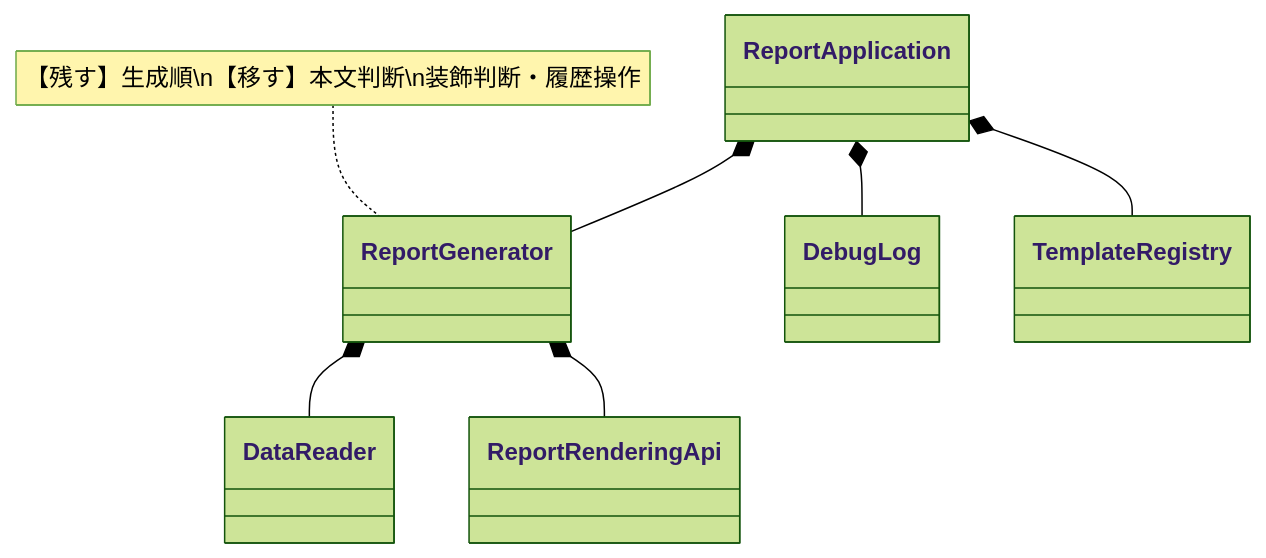
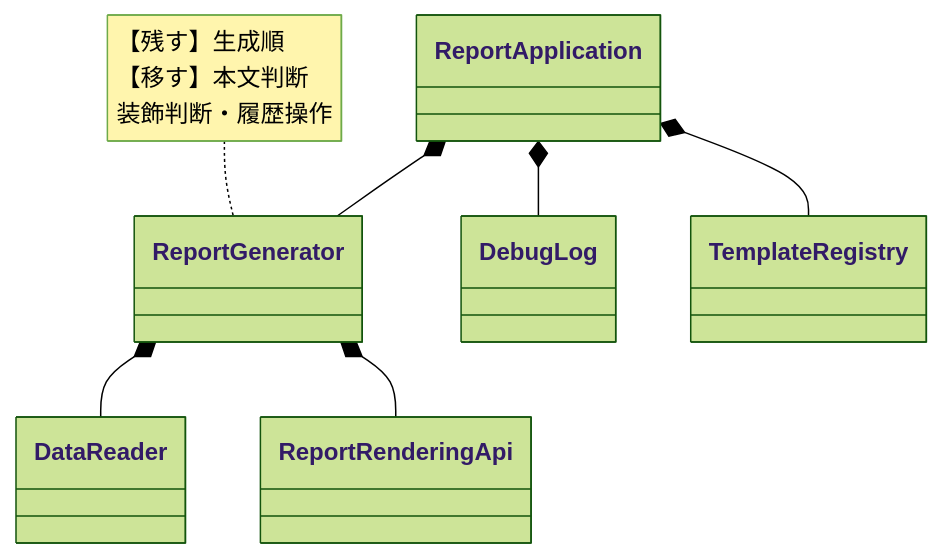
Before and after one commit to kumachan1101-pixel/DesignPattern: the ninth of 18 diagrams in kindle/design-patterns/output/chapter11.md, drawn with Mermaid (forest theme). The commit also changed other lines of this file and 43 other files, not shown here.

````diff
--- a/kindle/design-patterns/output/chapter11.md
+++ b/kindle/design-patterns/output/chapter11.md
@@ -1189,23 +1234,23 @@
 ```mermaid
 classDiagram
     direction TB
     class ReportApplication
     class ReportGenerator
     class DebugLog
     class DataReader
     class TemplateRegistry
     class ReportRenderingApi
 
     ReportApplication *-- ReportGenerator
     ReportApplication *-- TemplateRegistry
     ReportApplication *-- DebugLog
     ReportGenerator *-- DataReader
     ReportGenerator *-- ReportRenderingApi
 
-    note for ReportGenerator "【残す】生成順\n【移す】本文判断\n装飾判断・履歴操作"
+    note for ReportGenerator "【残す】生成順<br/>【移す】本文判断<br/>装飾判断・履歴操作"
 
     classDef focus fill:#FFF2CC,stroke:#D6B656,stroke-width:2px,color:#222
     classDef stable fill:#DDEBF7,stroke:#5B9BD5,stroke-width:1.5px,color:#222
     cssClass "ReportGenerator" focus
     cssClass "DebugLog,DataReader,TemplateRegistry,ReportRenderingApi" stable
 ```
````
